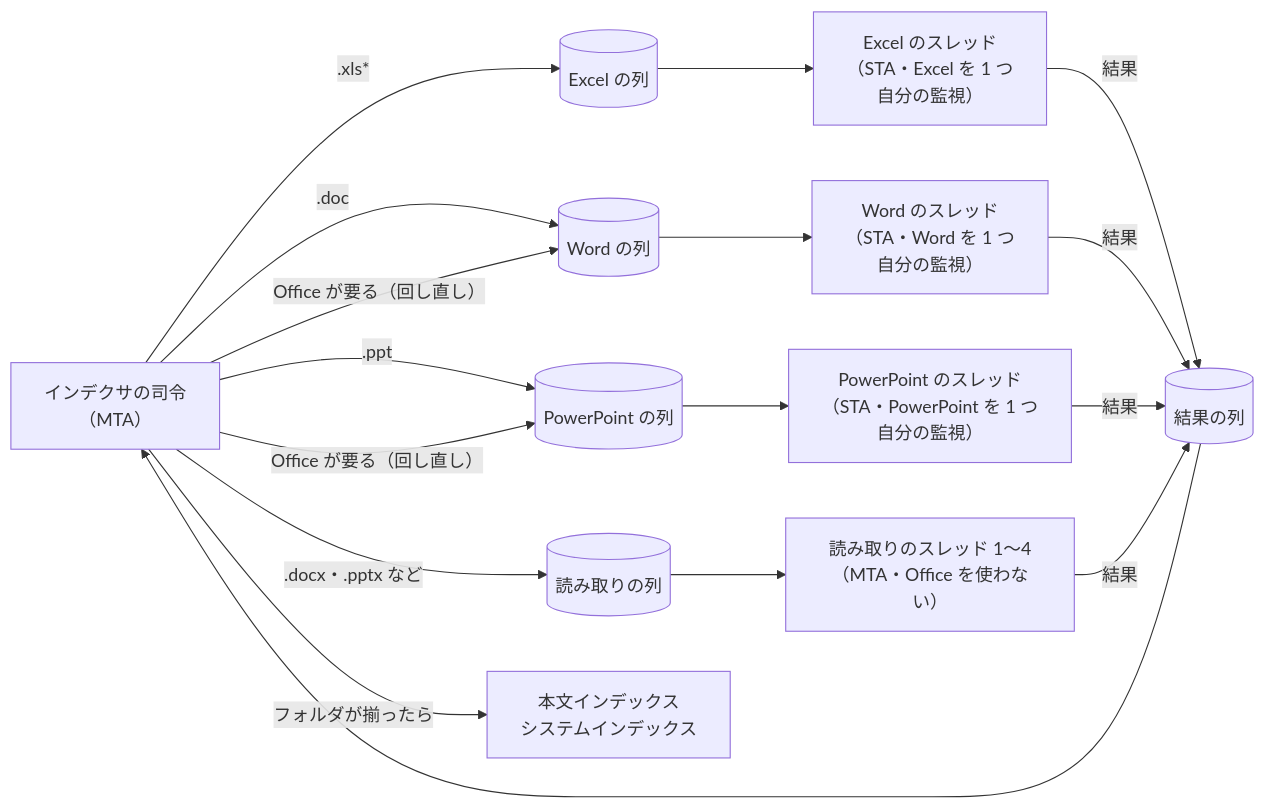
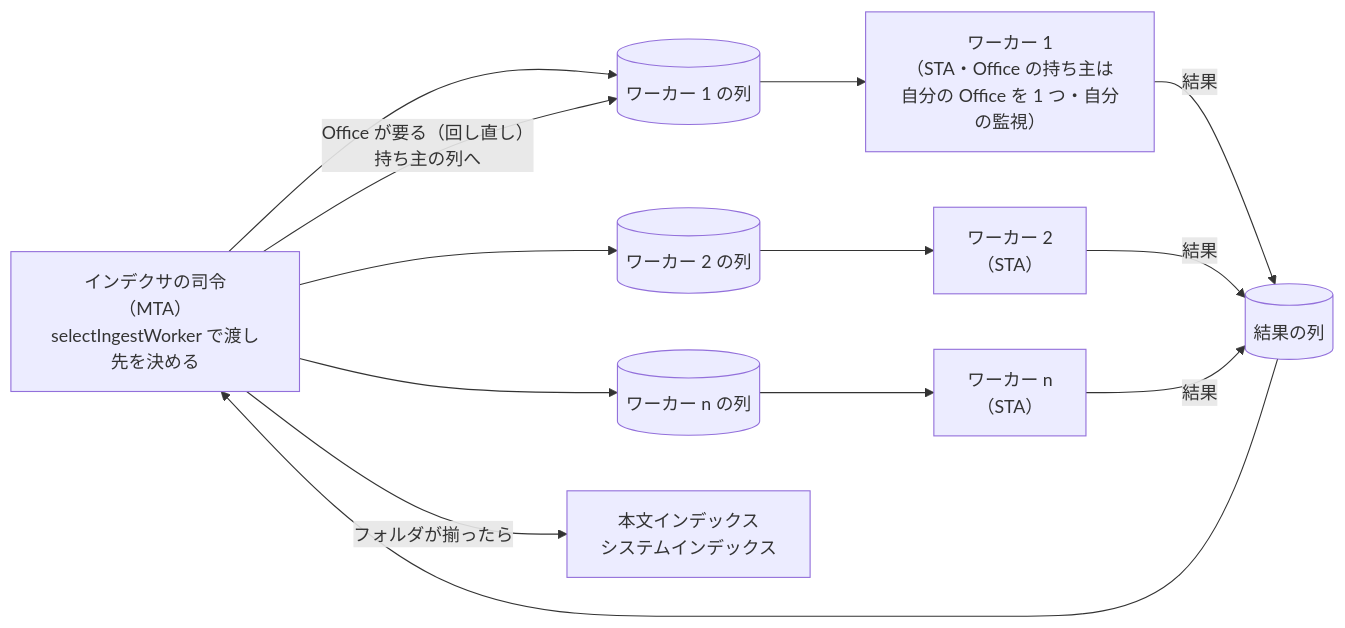
The first of 2 diagrams in docs/design/indexing/parallel.md (hsgwa/tebunko), drawn with Mermaid before and after one commit. The commit also changed other lines of this file and 28 other files, not shown here.

````diff
--- a/docs/design/indexing/parallel.md
+++ b/docs/design/indexing/parallel.md
@@ -14,16 +18,13 @@
 ```mermaid
 flowchart LR
-    C["インデクサの司令<br>（MTA）"] -- ".xls*" --> QE[("Excel の列")]
-    C -- ".doc" --> QW[("Word の列")]
-    C -- ".ppt" --> QP[("PowerPoint の列")]
-    C -- ".docx・.pptx など" --> QR[("読み取りの列")]
-    QE --> WE["Excel のスレッド<br>（STA・Excel を 1 つ<br>自分の監視）"]
-    QW --> WW["Word のスレッド<br>（STA・Word を 1 つ<br>自分の監視）"]
-    QP --> WP["PowerPoint のスレッド<br>（STA・PowerPoint を 1 つ<br>自分の監視）"]
-    QR --> WR["読み取りのスレッド 1〜4<br>（MTA・Office を使わない）"]
-    WE & WW & WP & WR -- 結果 --> R[("結果の列")]
+    C["インデクサの司令<br>（MTA）<br>selectIngestWorker で渡し先を決める"] --> Q1[("ワーカー 1 の列")]
+    C --> Q2[("ワーカー 2 の列")]
+    C --> Qn[("ワーカー n の列")]
+    Q1 --> W1["ワーカー 1<br>（STA・Office の持ち主は<br>自分の Office を 1 つ・自分の監視）"]
+    Q2 --> W2["ワーカー 2<br>（STA）"]
+    Qn --> Wn["ワーカー n<br>（STA）"]
+    W1 & W2 & Wn -- 結果 --> R[("結果の列")]
     R --> C
-    C -- "Office が要る（回し直し）" --> QW
-    C -- "Office が要る（回し直し）" --> QP
+    C -- "Office が要る（回し直し）<br>持ち主の列へ" --> Q1
     C -- フォルダが揃ったら --> P["本文インデックス<br>システムインデックス"]
 ```
````
